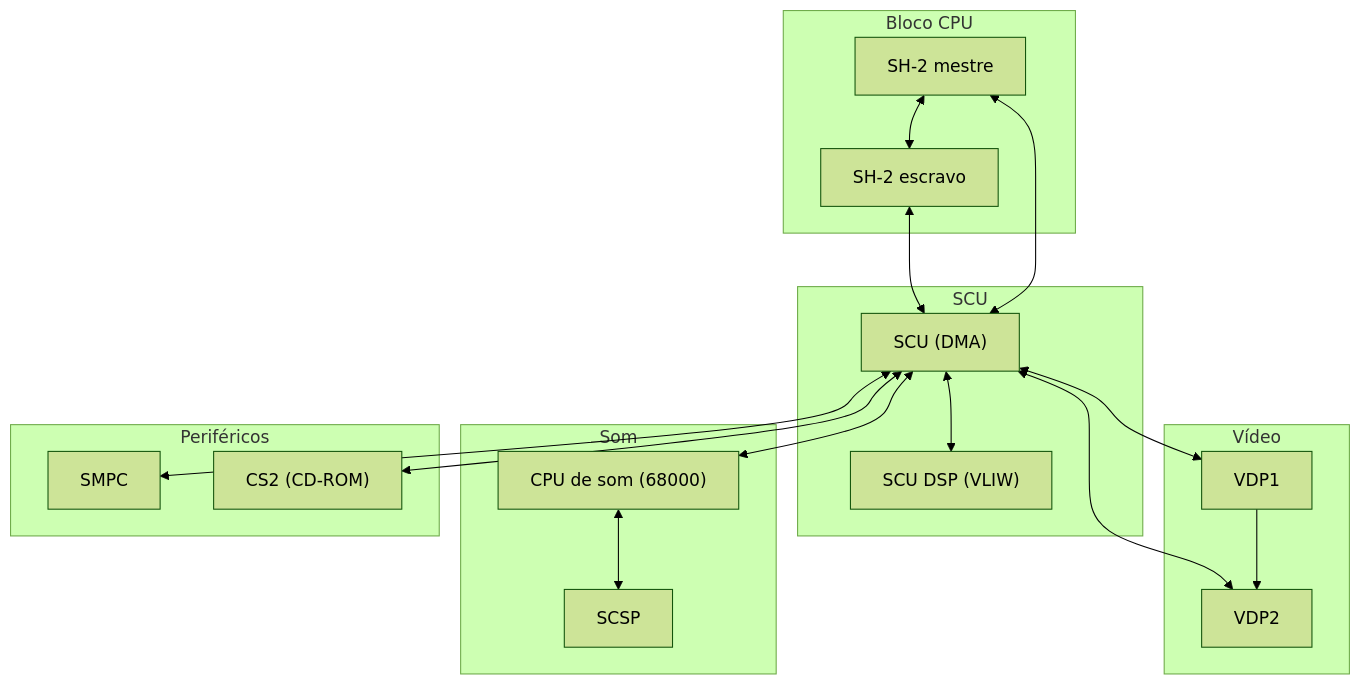
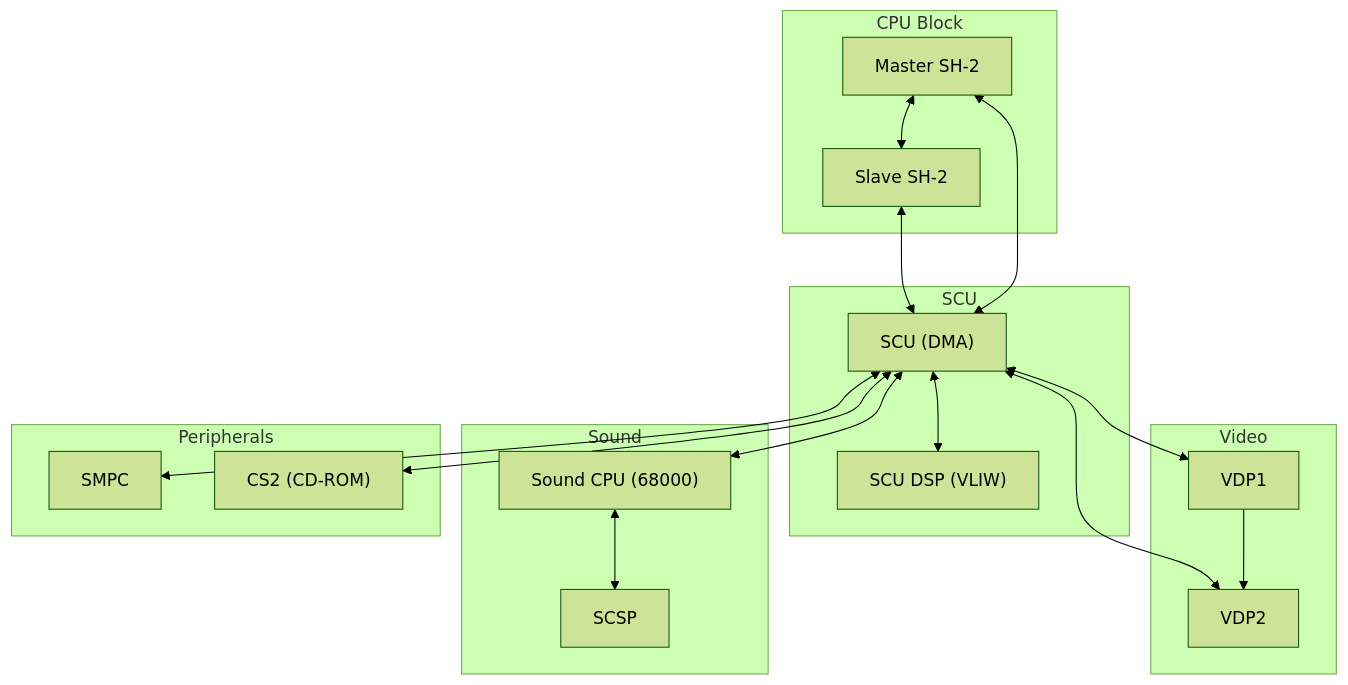
Before and after one commit to jhonatanTeixeira/mimas-saturn-emulator: the sixth of 16 diagrams in docs/first_architectural_draft.md, drawn with Mermaid (forest theme). The commit also changed other lines of this file and 2 other files, not shown here.

First line of the commit message:
Translate architecture planning docs to English

````diff
--- a/docs/first_architectural_draft.md
+++ b/docs/first_architectural_draft.md
@@ -83,26 +83,26 @@
 ```mermaid
 graph TD
-    subgraph CPUBlock["Bloco CPU"]
-    MSH2["SH-2 mestre"] <--> SSH2["SH-2 escravo"]
+    subgraph CPUBlock["CPU Block"]
+    MSH2["Master SH-2"] <--> SSH2["Slave SH-2"]
     end
     subgraph SCUBlock["SCU"]
     SCUCore["SCU (DMA)"] <--> SCUDSP["SCU DSP (VLIW)"]
     end
-    subgraph VideoBlock["Vídeo"]
+    subgraph VideoBlock["Video"]
     VDP1 --> VDP2
     end
-    subgraph SomBlock["Som"]
-    M68K["CPU de som (68000)"] <--> SCSP
+    subgraph SoundBlock["Sound"]
+    M68K["Sound CPU (68000)"] <--> SCSP
     end
-    subgraph PerifBlock["Periféricos"]
+    subgraph PeriphBlock["Peripherals"]
     SMPC
     CS2["CS2 (CD-ROM)"]
     end
     MSH2 <--> SCUCore
     SSH2 <--> SCUCore
     SCUCore <--> VDP1
     SCUCore <--> VDP2
     SCUCore <--> M68K
     SCUCore <--> SMPC
     SCUCore <--> CS2
 ```
````
